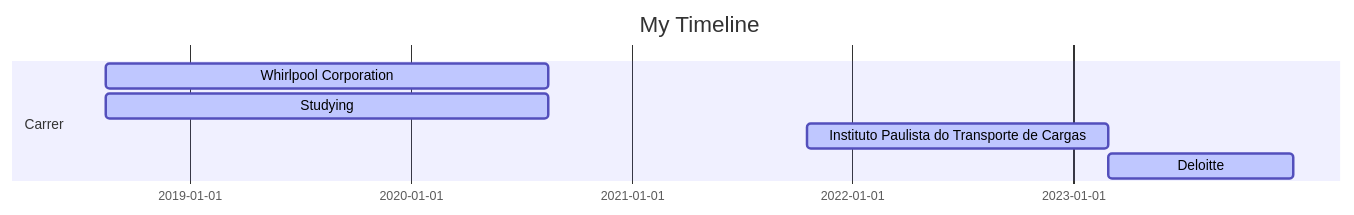
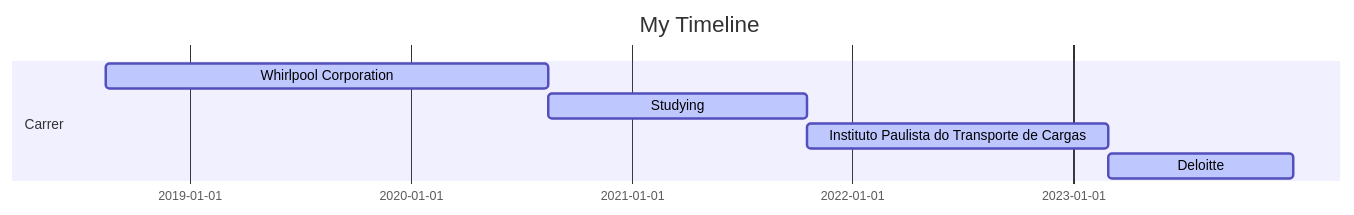
One commit to brncarvalho/brncarvalho changed the diagram in README.md. Above: the diagram before and after it, drawn with Mermaid.

````diff
--- a/README.md
+++ b/README.md
@@ -3,11 +3,11 @@
 ```mermaid
 gantt
     dateFormat  YYYY-MM-DD
     title My Timeline
 
     section Carrer
     Whirlpool Corporation :active,, 2018-08-15,2020-08-15
-    Studying :active,, 2018-08-15,2020-08-15
+    Studying :active,, 2020-08-15, 2021-10-18
     Instituto Paulista do Transporte de Cargas :active,, 2021-10-18,2023-03-01
     Deloitte :active,, 2023-03-01,2023-12-31  
 ```
````
